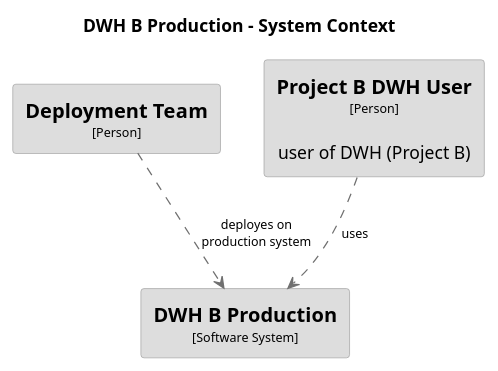
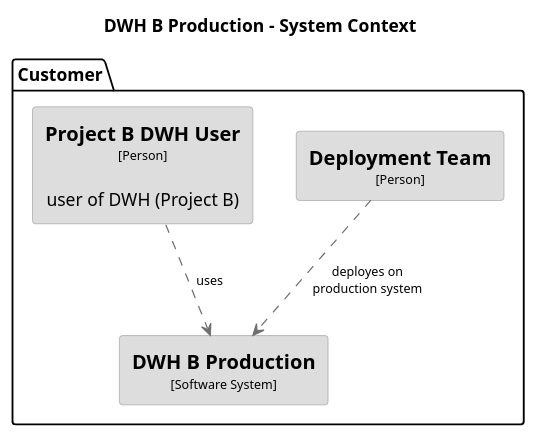
The diagram in docs/src/c4_dsl/puml/structurizr-DWHBProduction-SystemContext.puml (DataHandwerk/DataHandwerk-toolkit-mssql), drawn with PlantUML before and after one commit. The commit also changed 36 other files, not shown here.

Commit message:
structurizr diagrams used in documentation

```diff
--- a/docs/src/c4_dsl/puml/structurizr-DWHBProduction-SystemContext.puml
+++ b/docs/src/c4_dsl/puml/structurizr-DWHBProduction-SystemContext.puml
@@ -1,33 +1,35 @@
 @startuml(id=DWHBProduction-SystemContext)
 title DWH B Production - System Context
 
 skinparam {
   shadowing false
   arrowFontSize 10
   defaultTextAlignment center
   wrapWidth 200
   maxMessageSize 100
 }
 hide stereotype
 top to bottom direction
-skinparam rectangle<<25>> {
+skinparam rectangle<<2>> {
   BackgroundColor #dddddd
   FontColor #000000
   BorderColor #9A9A9A
 }
-skinparam rectangle<<7>> {
+skinparam rectangle<<3>> {
   BackgroundColor #dddddd
   FontColor #000000
   BorderColor #9A9A9A
 }
-skinparam rectangle<<8>> {
+skinparam rectangle<<20>> {
   BackgroundColor #dddddd
   FontColor #000000
   BorderColor #9A9A9A
 }
-rectangle "==Deployment Team\n<size:10>[Person]</size>" <<7>> as 7
-rectangle "==Project B DWH User\n<size:10>[Person]</size>\n\nuser of DWH (Project B)" <<8>> as 8
-rectangle "==DWH B Production\n<size:10>[Software System]</size>" <<25>> as 25
-7 .[#707070].> 25 : "deployes on production system"
-8 .[#707070].> 25 : "uses"
+package "Customer" {
+  rectangle "==Deployment Team\n<size:10>[Person]</size>" <<2>> as 2
+  rectangle "==Project B DWH User\n<size:10>[Person]</size>\n\nuser of DWH (Project B)" <<3>> as 3
+  rectangle "==DWH B Production\n<size:10>[Software System]</size>" <<20>> as 20
+}
+2 .[#707070].> 20 : "deployes on production system"
+3 .[#707070].> 20 : "uses"
 @enduml
```
